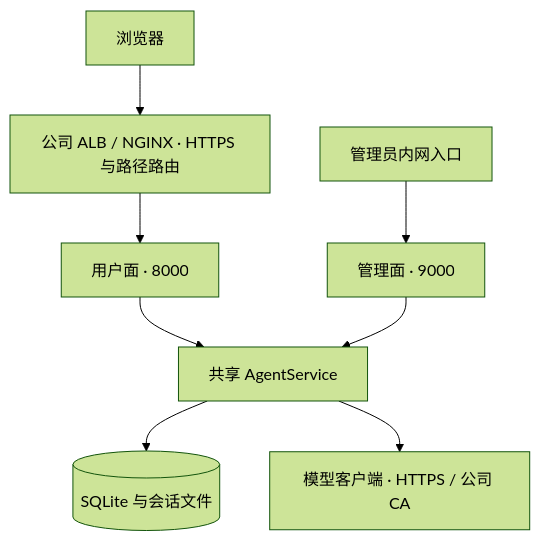
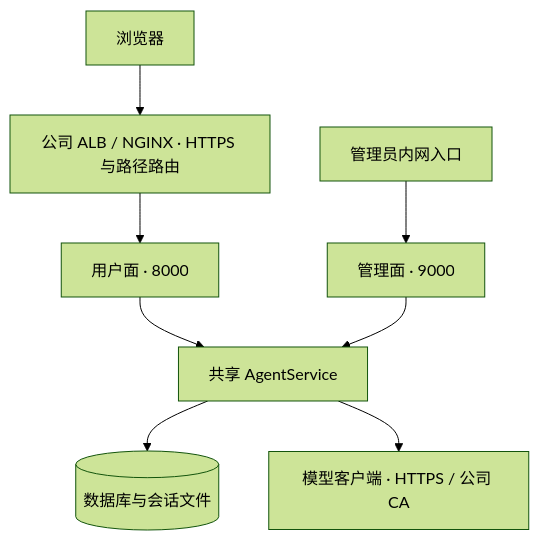
The diagram in docs/architecture/webserver.md (umeiko/UmEkO), drawn with Mermaid (forest theme) before and after one commit. The commit also changed other lines of this file and 36 other files, not shown here.

````diff
--- a/docs/architecture/webserver.md
+++ b/docs/architecture/webserver.md
@@ -7,10 +7,10 @@
 ```mermaid
 flowchart TB
     B[浏览器] --> G[公司 ALB / NGINX · HTTPS 与路径路由]
     G --> U[用户面 · 8000]
     O[管理员内网入口] --> A[管理面 · 9000]
     U --> S[共享 AgentService]
     A --> S
-    S --> D[(SQLite 与会话文件)]
+    S --> D[(数据库与会话文件)]
     S --> L[模型客户端 · HTTPS / 公司 CA]
 ```
````
